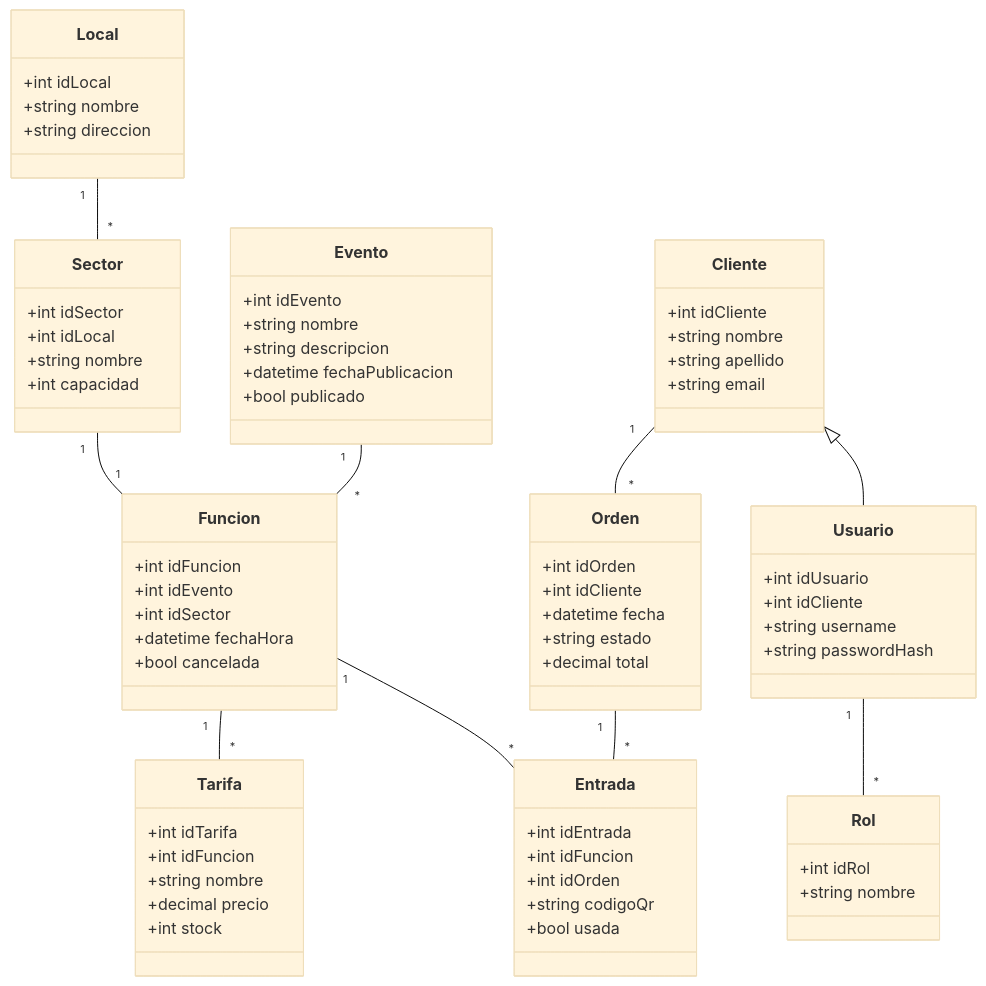
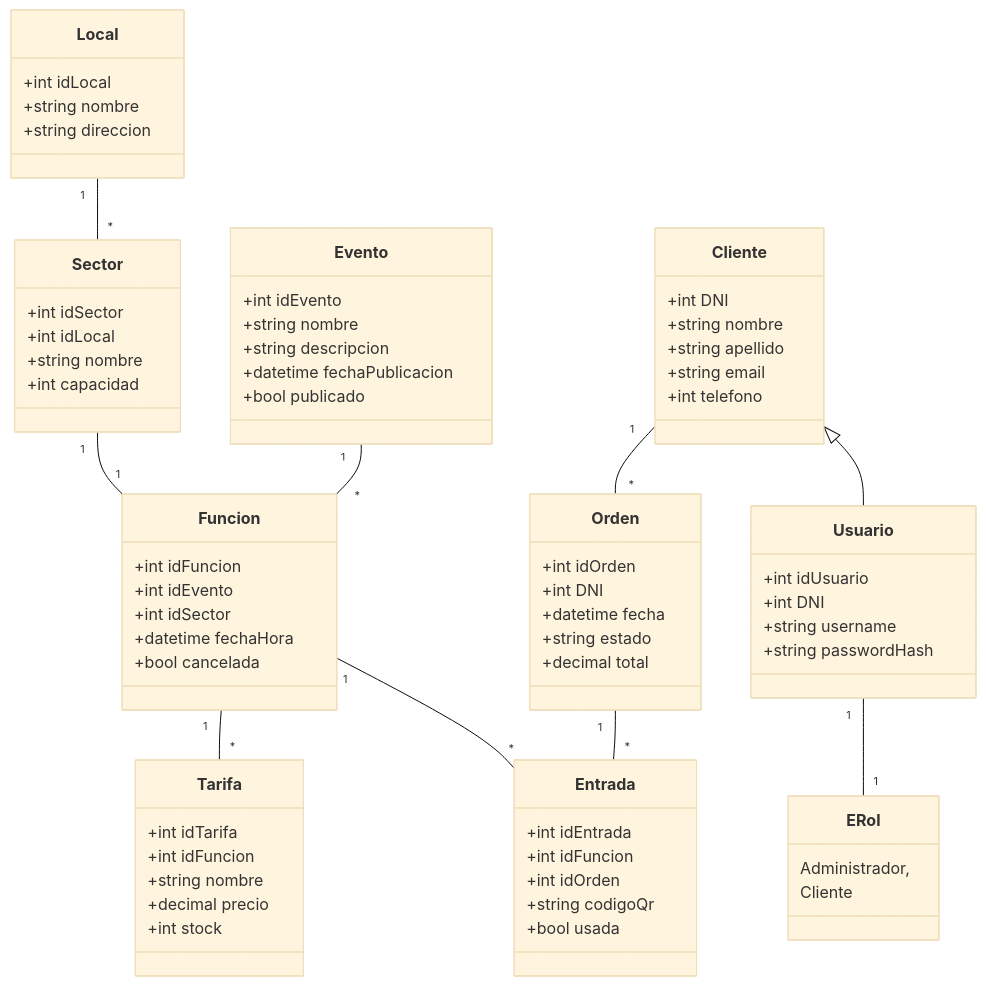
The first of 2 diagrams in SuperProyecto/doc/README.md (PasandiLuka/SuperProyecto), drawn with Mermaid (base theme) before and after one commit. The commit also changed other lines of this file and 4 other files, not shown here.

````diff
--- a/SuperProyecto/doc/README.md
+++ b/SuperProyecto/doc/README.md
@@ -38,15 +38,16 @@
     }
 
     class Cliente {
-        +int idCliente
+        +int DNI
         +string nombre
         +string apellido
         +string email
+        +int telefono
     }
 
     class Orden {
         +int idOrden
-        +int idCliente
+        +int DNI
         +datetime fecha
         +string estado
         +decimal total
@@ -62,14 +63,14 @@
 
     class Usuario {
         +int idUsuario
-        +int idCliente
+        +int DNI
         +string username
         +string passwordHash
     }
 
-    class Rol {
-        +int idRol
-        +string nombre
+    class ERol {
+        Administrador,
+        Cliente
     }
 
     %% Relaciones
@@ -80,6 +81,6 @@
     Cliente "1" -- "*" Orden 
     Orden "1" -- "*" Entrada
     Funcion "1" -- "*" Entrada 
-    Usuario "1" -- "*" Rol
+    Usuario "1" -- "1" ERol
     Cliente <|-- Usuario
 ```
````
